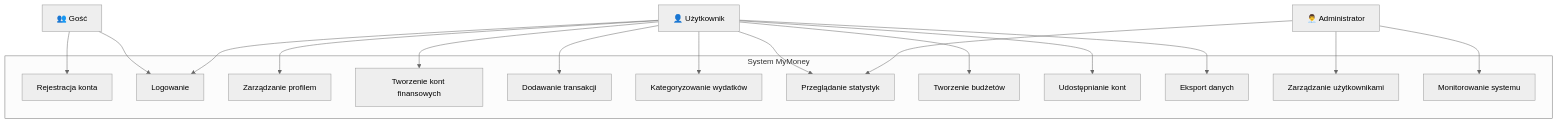
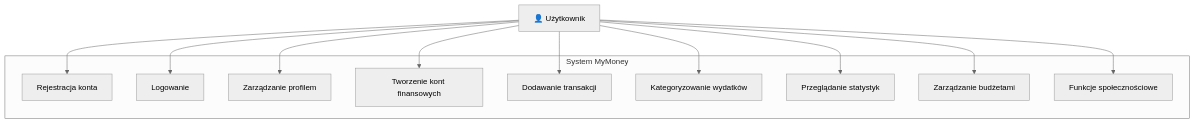
Before and after one commit to WisMaja/MyMoney: the first of 20 diagrams in docs/diagramy.md, drawn with Mermaid (neutral theme). The commit also changed other lines of this file and 10 other files, not shown here.

````diff
--- a/docs/diagramy.md
+++ b/docs/diagramy.md
@@ -18,38 +18,26 @@
 ```mermaid
 graph TB
     User[👤 Użytkownik]
-    Admin[👨‍💼 Administrator]
-    Guest[👥 Gość]
     
     subgraph "System MyMoney"
         UC1[Rejestracja konta]
         UC2[Logowanie]
         UC3[Zarządzanie profilem]
         UC4[Tworzenie kont finansowych]
         UC5[Dodawanie transakcji]
         UC6[Kategoryzowanie wydatków]
         UC7[Przeglądanie statystyk]
-        UC8[Tworzenie budżetów]
-        UC9[Udostępnianie kont]
-        UC10[Eksport danych]
-        UC11[Zarządzanie użytkownikami]
-        UC12[Monitorowanie systemu]
+        UC8[Zarządzanie budżetami]
+        UC9[Funkcje społecznościowe]
     end
     
-    Guest --> UC1
-    Guest --> UC2
-    
+    User --> UC1
     User --> UC2
     User --> UC3
     User --> UC4
     User --> UC5
     User --> UC6
     User --> UC7
     User --> UC8
     User --> UC9
-    User --> UC10
-    
-    Admin --> UC11
-    Admin --> UC12
-    Admin --> UC7
 ```
````
